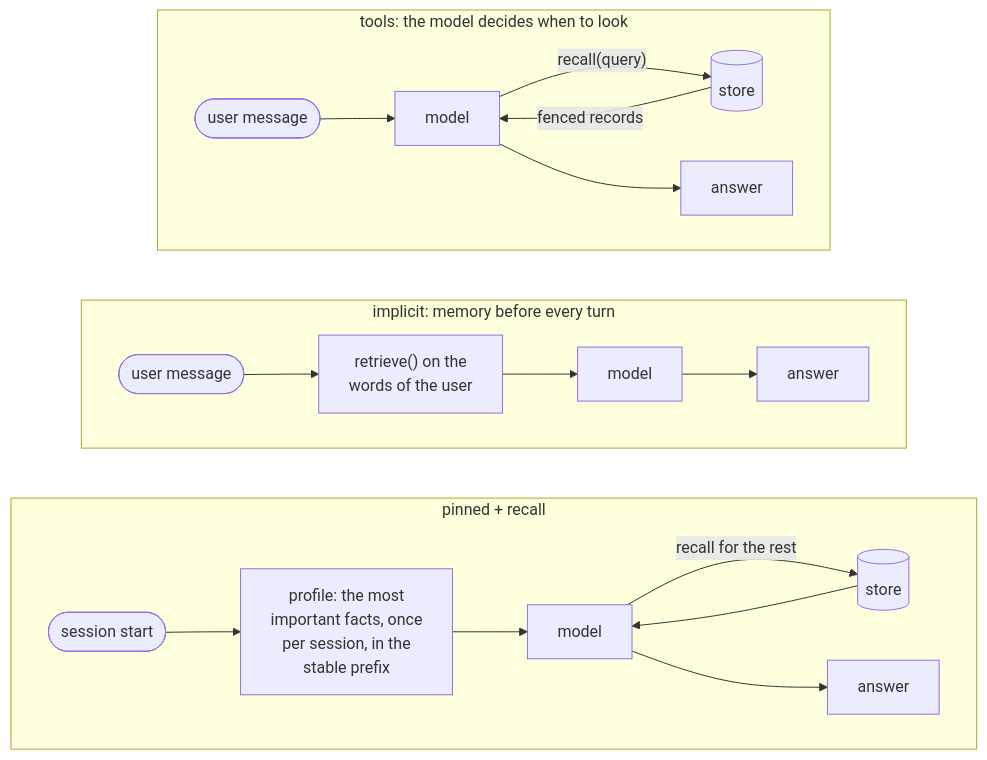
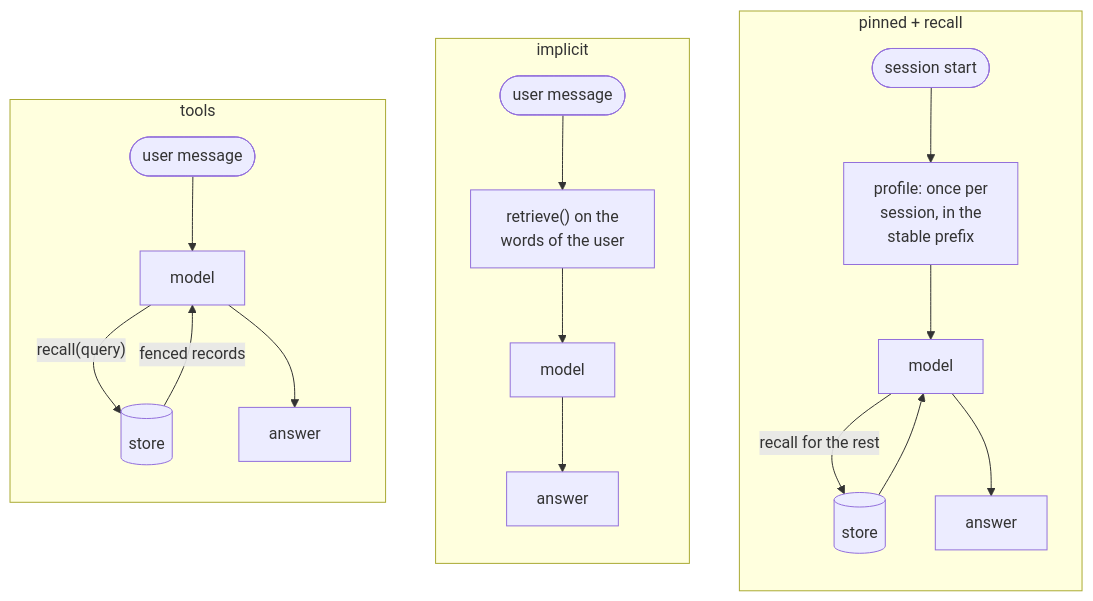
The third of 6 diagrams in 07-application-agent-framework/agent-memory/PRIMER.md (aniryou/full-stack-agentic-engineer), drawn with Mermaid before and after one commit. The commit also changed other lines of this file and 633 other files, not shown here.

First line of the commit message:
Accessible language and one-screen figures, part 1: every figure fits a screen, the STE second pass over the layers (#53)

````diff
--- a/07-application-agent-framework/agent-memory/PRIMER.md
+++ b/07-application-agent-framework/agent-memory/PRIMER.md
@@ -490,26 +496,26 @@
 ```mermaid
-flowchart TB
-    subgraph T ["tools: the model decides when to look"]
-        direction LR
+flowchart LR
+    subgraph T ["tools"]
+        direction TB
         T1([user message]) --> T2[model]
         T2 -- "recall(query)" --> T3[(store)]
         T3 -- "fenced records" --> T2
         T2 --> T4[answer]
     end
-    subgraph I ["implicit: memory before every turn"]
-        direction LR
+    subgraph I ["implicit"]
+        direction TB
         I1([user message]) --> I2["retrieve() on the<br/>words of the user"]
         I2 --> I3[model]
         I3 --> I4[answer]
     end
     subgraph P ["pinned + recall"]
-        direction LR
-        P1([session start]) --> P2["profile: the most<br/>important facts, once<br/>per session, in the<br/>stable prefix"]
+        direction TB
+        P1([session start]) --> P2["profile: once per<br/>session, in the<br/>stable prefix"]
         P2 --> P3[model]
         P3 -- "recall for the rest" --> P4[(store)]
         P4 --> P3
         P3 --> P5[answer]
     end
     T ~~~ I
     I ~~~ P
 ```
````
